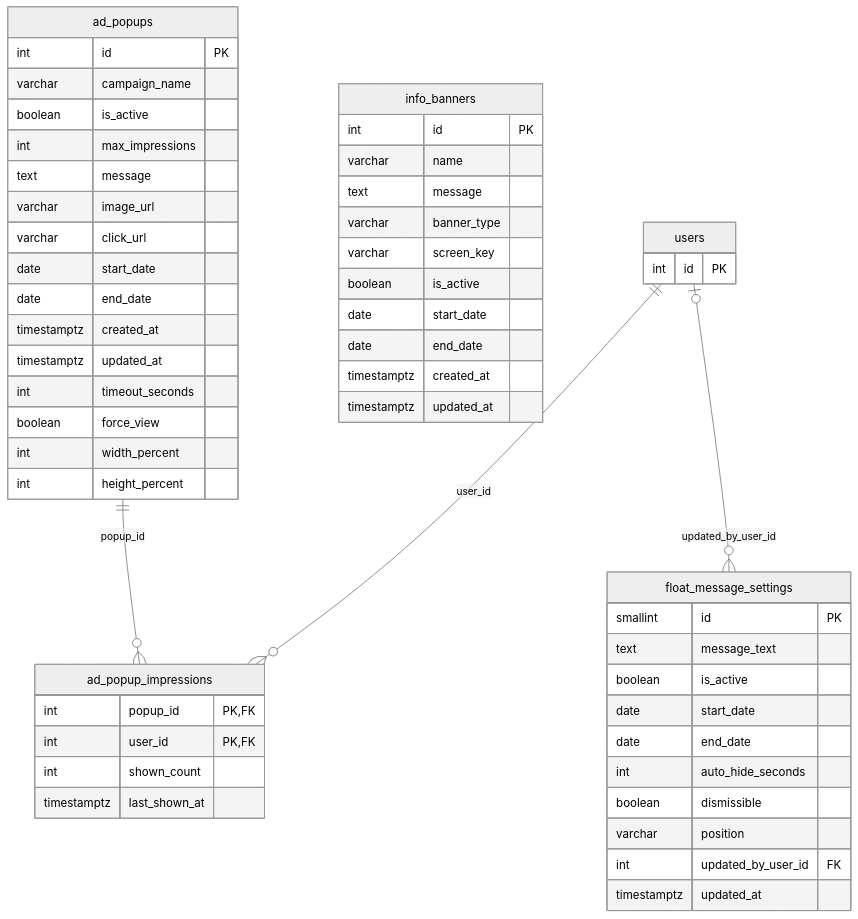
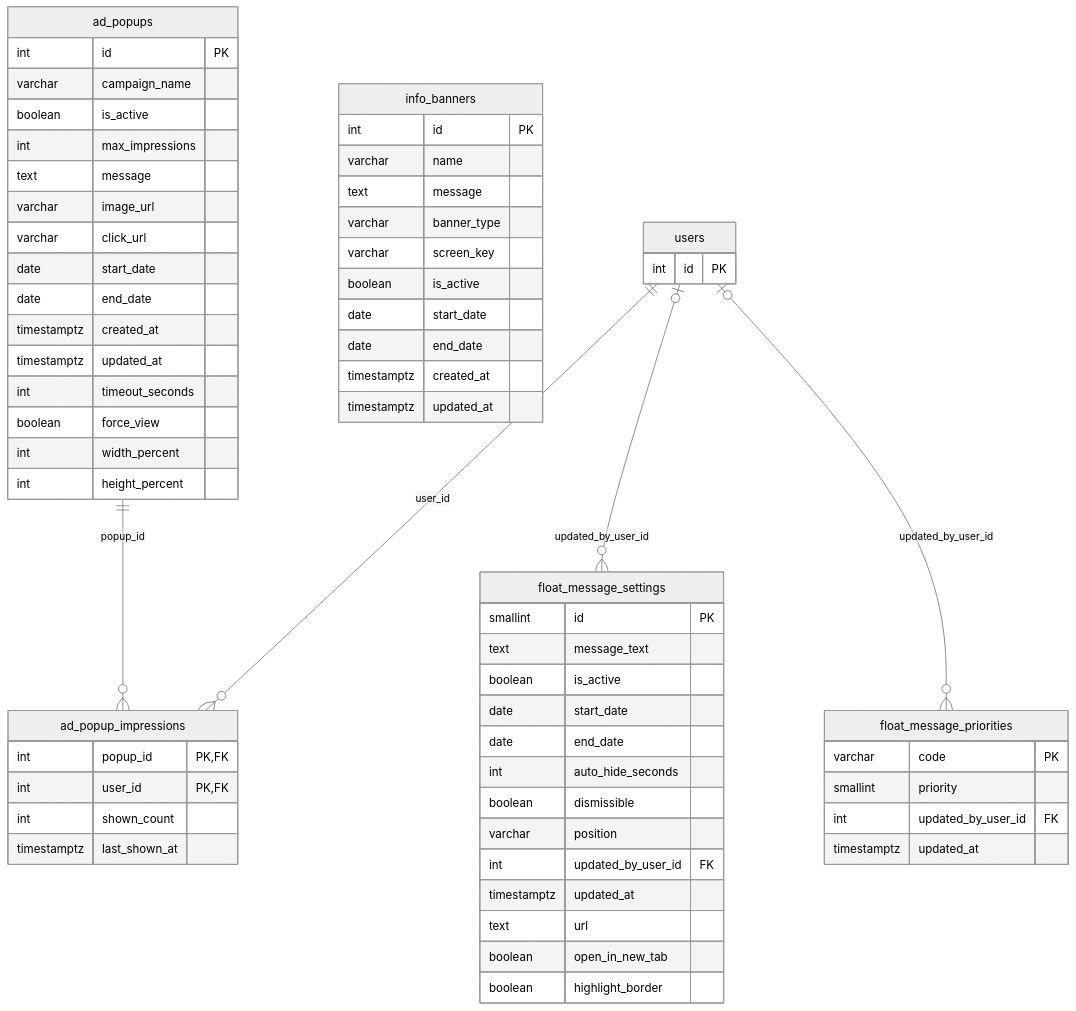
The tenth of 13 diagrams in docs/database-erd.md (dminhbb/ttm-tool), drawn with Mermaid (neutral theme) before and after one commit. The commit also changed other lines of this file and 43 other files, not shown here.

Commit message:
TTM Calculator, Float Message and fix bug

````diff
--- a/docs/database-erd.md
+++ b/docs/database-erd.md
@@ -1798,56 +1798,66 @@
 ```mermaid
 erDiagram
     ad_popups {
         int id PK
         varchar campaign_name
         boolean is_active
         int max_impressions
         text message
         varchar image_url
         varchar click_url
         date start_date
         date end_date
         timestamptz created_at
         timestamptz updated_at
         int timeout_seconds
         boolean force_view
         int width_percent
         int height_percent
     }
     ad_popup_impressions {
         int popup_id PK, FK
         int user_id PK, FK
         int shown_count
         timestamptz last_shown_at
     }
     info_banners {
         int id PK
         varchar name
         text message
         varchar banner_type
         varchar screen_key
         boolean is_active
         date start_date
         date end_date
         timestamptz created_at
         timestamptz updated_at
     }
     float_message_settings {
         smallint id PK
         text message_text
         boolean is_active
         date start_date
         date end_date
         int auto_hide_seconds
         boolean dismissible
         varchar position
         int updated_by_user_id FK
         timestamptz updated_at
+        text url
+        boolean open_in_new_tab
+        boolean highlight_border
+    }
+    float_message_priorities {
+        varchar code PK
+        smallint priority
+        int updated_by_user_id FK
+        timestamptz updated_at
     }
     users {
         int id PK
     }
     ad_popups ||--o{ ad_popup_impressions : "popup_id"
     users ||--o{ ad_popup_impressions : "user_id"
     users |o--o{ float_message_settings : "updated_by_user_id"
+    users |o--o{ float_message_priorities : "updated_by_user_id"
 ```
````
